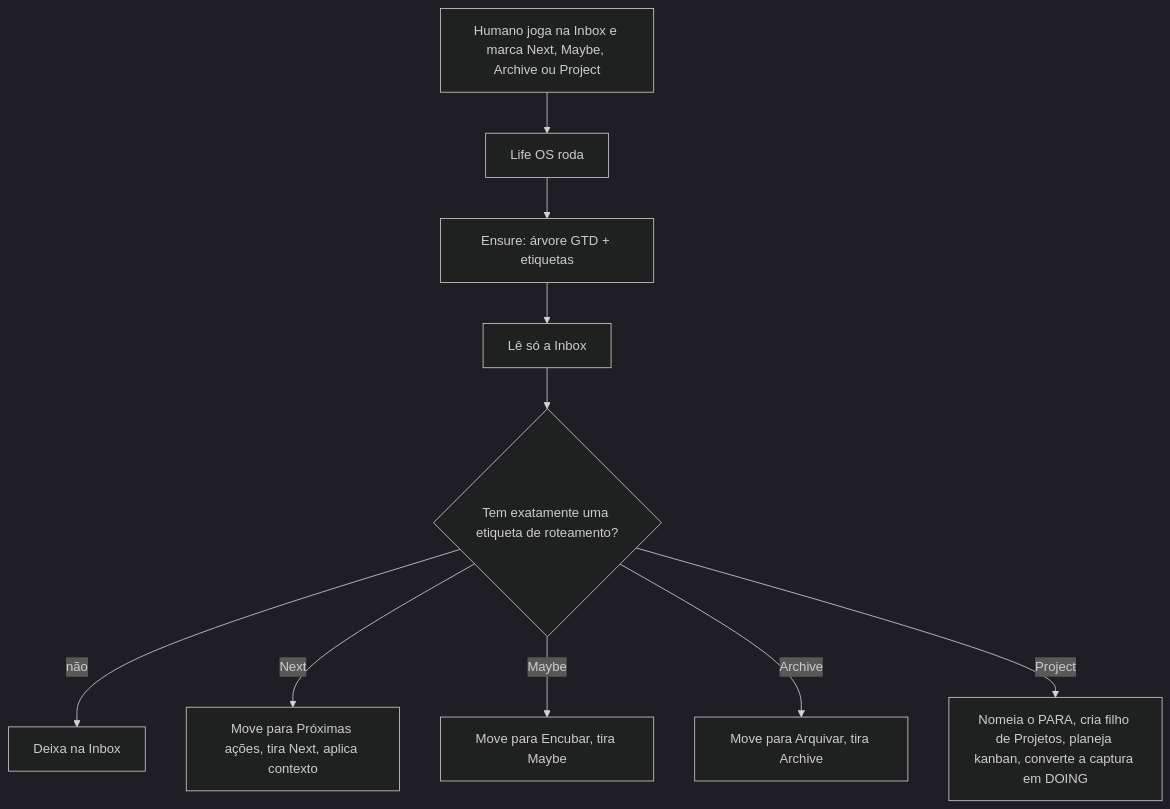
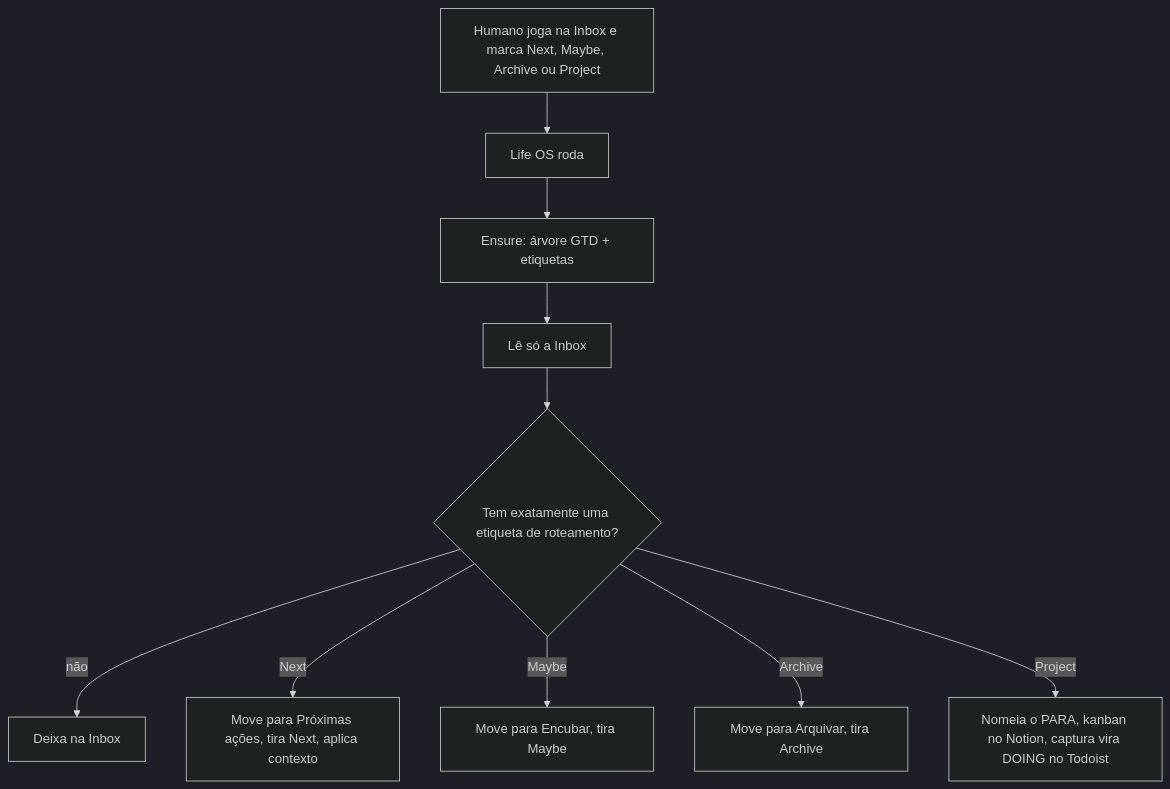
The diagram in docs/specs/01-todoist-fluxo.md (leandrobudaumoraes/MyLife), drawn with Mermaid (dark theme) before and after one commit. The commit also changed other lines of this file and 5 other files, not shown here.

````diff
--- a/docs/specs/01-todoist-fluxo.md
+++ b/docs/specs/01-todoist-fluxo.md
@@ -149,12 +149,12 @@
 ```mermaid
 flowchart TB
   H["Humano joga na Inbox e marca Next, Maybe, Archive ou Project"] --> RUN["Life OS roda"]
   RUN --> ENSURE["Ensure: árvore GTD + etiquetas"]
   ENSURE --> INBOX["Lê só a Inbox"]
   INBOX --> FILTRO{"Tem exatamente uma etiqueta de roteamento?"}
   FILTRO -->|não| SKIP["Deixa na Inbox"]
   FILTRO -->|Next| NEXT["Move para Próximas ações, tira Next, aplica contexto"]
   FILTRO -->|Maybe| MAYBE["Move para Encubar, tira Maybe"]
   FILTRO -->|Archive| ARQ["Move para Arquivar, tira Archive"]
-  FILTRO -->|Project| PROJ["Nomeia o PARA, cria filho de Projetos, planeja kanban, converte a captura em DOING"]
+  FILTRO -->|Project| PROJ["Nomeia o PARA, kanban no Notion, captura vira DOING no Todoist"]
 ```
````
